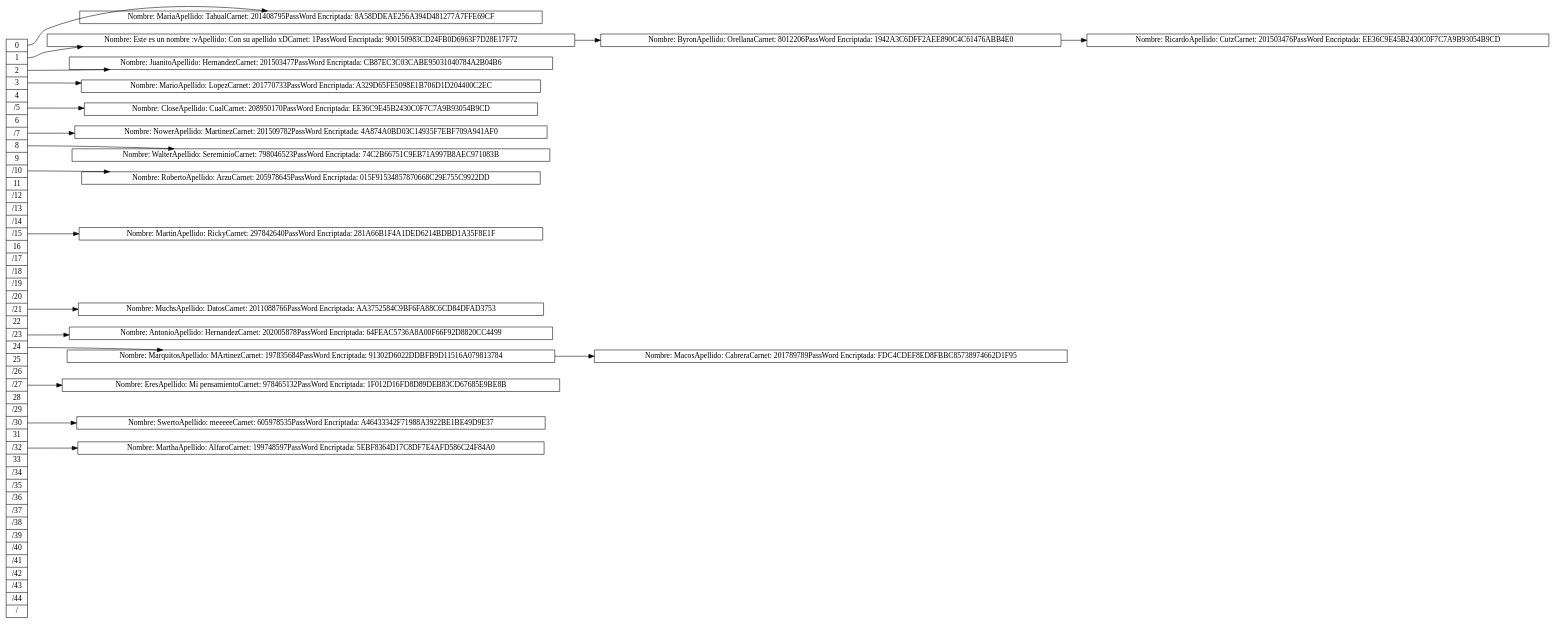
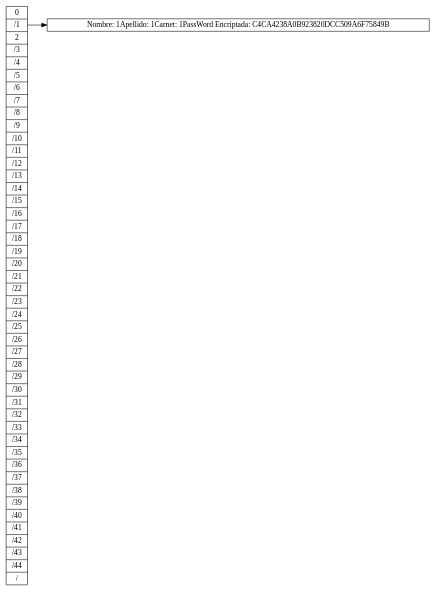
The diagram in Proyecto2_201700733/Hash.dot (ByLy23/BlockChain_Java), drawn with Graphviz before and after one commit. The commit also changed 19 other files, not shown here.

```diff
--- a/Proyecto2_201700733/Hash.dot
+++ b/Proyecto2_201700733/Hash.dot
@@ -1,96 +1,11 @@
 digraph Hash{ 
  rankdir= LR
  node[shape=record, width= 0.1, height= 0.1];
-Nodo1089964038[label="<P0>0|<P1>1|<P2>2|<P3>3|<P4>4|<P5>/5|<P6>6|<P7>/7|<P8>8|<P9>9|<P10>/10|<P11>11|<P12>/12|<P13>/13|<P14>/14|<P15>/15|<P16>16|<P17>/17|<P18>/18|<P19>/19|<P20>/20|<P21>/21|<P22>22|<P23>/23|<P24>24|<P25>25|<P26>/26|<P27>/27|<P28>28|<P29>/29|<P30>/30|<P31>31|<P32>/32|<P33>33|<P34>/34|<P35>/35|<P36>/36|<P37>/37|<P38>/38|<P39>/39|<P40>/40|<P41>/41|<P42>/42|<P43>/43|<P44>/44|<P45>/"];
-Nodo740553133[label=" Nombre: Maria
-Apellido:  Tahual
-Carnet: 201408795
-PassWord Encriptada: 8A58DDEAE256A394D481277A7FFE69CF"];
-Nodo1089964038:P0 ->Nodo740553133
-Nodo32470259[label=" Nombre: Este es un nombre :v
-Apellido:  Con su apellido xD
+Nodo266168817[label="<P0>0|<P1>/1|<P2>2|<P3>/3|<P4>/4|<P5>/5|<P6>/6|<P7>/7|<P8>/8|<P9>/9|<P10>/10|<P11>/11|<P12>/12|<P13>/13|<P14>/14|<P15>/15|<P16>/16|<P17>/17|<P18>/18|<P19>/19|<P20>/20|<P21>/21|<P22>/22|<P23>/23|<P24>/24|<P25>/25|<P26>/26|<P27>/27|<P28>/28|<P29>/29|<P30>/30|<P31>/31|<P32>/32|<P33>/33|<P34>/34|<P35>/35|<P36>/36|<P37>/37|<P38>/38|<P39>/39|<P40>/40|<P41>/41|<P42>/42|<P43>/43|<P44>/44|<P45>/"];
+Nodo1567138010[label=" Nombre: 1
+Apellido:  1
 Carnet: 1
-PassWord Encriptada: 900150983CD24FB0D6963F7D28E17F72"];
-Nodo32470259->Nodo1344633137
-Nodo1344633137[label=" Nombre: Byron
-Apellido:  Orellana
-Carnet: 8012206
-PassWord Encriptada: 1942A3C6DFF2AEE890C4C61476ABB4E0"];
-Nodo1344633137->Nodo745438347
-Nodo745438347[label=" Nombre: Ricardo
-Apellido:  Cutz
-Carnet: 201503476
-PassWord Encriptada: EE36C9E45B2430C0F7C7A9B93054B9CD"];
-Nodo1089964038:P1 ->Nodo32470259
-Nodo536043058[label=" Nombre: Juanito
-Apellido:  Hernandez
-Carnet: 201503477
-PassWord Encriptada: CB87EC3C03CABE95031040784A2B04B6"];
-Nodo1089964038:P2 ->Nodo536043058
-Nodo1698818515[label=" Nombre: Mario
-Apellido:  Lopez
-Carnet: 201770733
-PassWord Encriptada: A329D65FE5098E1B706D1D204400C2EC"];
-Nodo1089964038:P3 ->Nodo1698818515
-Nodo517404859[label=" Nombre: Close
-Apellido:  Cual
-Carnet: 208950170
-PassWord Encriptada: EE36C9E45B2430C0F7C7A9B93054B9CD"];
-Nodo1089964038:P5 ->Nodo517404859
-Nodo1099126222[label=" Nombre: Nower
-Apellido:  Martinez
-Carnet: 201509782
-PassWord Encriptada: 4A874A0BD03C14935F7EBF709A941AF0"];
-Nodo1089964038:P7 ->Nodo1099126222
-Nodo1149534466[label=" Nombre: Walter
-Apellido:  Sereminio
-Carnet: 798046523
-PassWord Encriptada: 74C2B66751C9EB71A997B8AEC971083B"];
-Nodo1089964038:P8 ->Nodo1149534466
-Nodo786556720[label=" Nombre: Roberto
-Apellido:  Arzu
-Carnet: 205978645
-PassWord Encriptada: 015F91534857870668C29E755C9922DD"];
-Nodo1089964038:P10 ->Nodo786556720
-Nodo123453815[label=" Nombre: Martin
-Apellido:  Ricky
-Carnet: 297842640
-PassWord Encriptada: 281A66B1F4A1DED6214BDBD1A35F8E1F"];
-Nodo1089964038:P15 ->Nodo123453815
-Nodo1554893175[label=" Nombre: Muchs
-Apellido:  Datos
-Carnet: 2011088766
-PassWord Encriptada: AA3752584C9BF6FA88C6CD84DFAD3753"];
-Nodo1089964038:P21 ->Nodo1554893175
-Nodo1019334513[label=" Nombre: Antonio
-Apellido:  Hernandez
-Carnet: 202005878
-PassWord Encriptada: 64FEAC5736A8A00F66F92D8820CC4499"];
-Nodo1089964038:P23 ->Nodo1019334513
-Nodo498628542[label=" Nombre: Marquitos
-Apellido:  MArtinez
-Carnet: 197835684
-PassWord Encriptada: 91302D6022DDBFB9D11516A079813784"];
-Nodo498628542->Nodo1144081671
-Nodo1144081671[label=" Nombre: Macos
-Apellido:  Cabrera
-Carnet: 201789789
-PassWord Encriptada: FDC4CDEF8ED8FBBC85738974662D1F95"];
-Nodo1089964038:P24 ->Nodo498628542
-Nodo1986384519[label=" Nombre: Eres
-Apellido:  Mi pensamiento
-Carnet: 978465132
-PassWord Encriptada: 1F012D16FD8D89DEB83CD67685E9BE8B"];
-Nodo1089964038:P27 ->Nodo1986384519
-Nodo1156395389[label=" Nombre: Swerto
-Apellido:  meeeee
-Carnet: 605978535
-PassWord Encriptada: A46433342F71988A3922BE1BE49D9E37"];
-Nodo1089964038:P30 ->Nodo1156395389
-Nodo448179161[label=" Nombre: Martha
-Apellido:  Alfaro
-Carnet: 199748597
-PassWord Encriptada: 5EBF8364D17C8DF7E4AFD586C24F84A0"];
-Nodo1089964038:P32 ->Nodo448179161
+PassWord Encriptada: C4CA4238A0B923820DCC509A6F75849B"];
+Nodo266168817:P1 ->Nodo1567138010
 
 }
```
